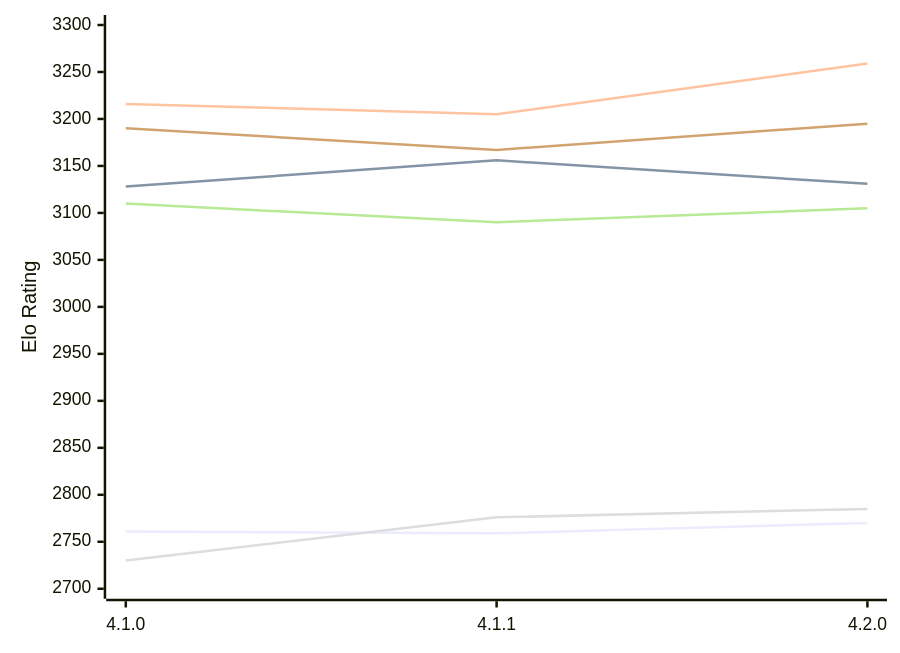
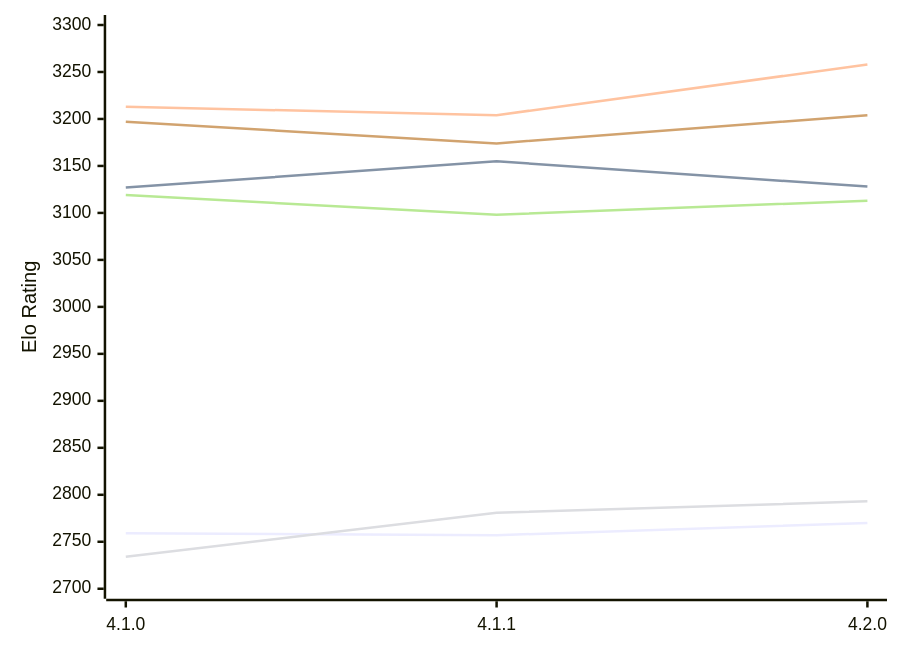
One commit to computer-chess-index/cci changed the diagram in engines/LunaChessEngine.md. Above: the diagram before and after it, drawn with Mermaid. The commit also changed other lines of this file, not shown here.

Commit message:
Update CCI Ratings (ELO VLTC) - 2026-11-23

````diff
--- a/engines/LunaChessEngine.md
+++ b/engines/LunaChessEngine.md
@@ -51,12 +51,12 @@
 ```mermaid
 %%{init: {"theme":"base","themeVariables":{"seriesColors:['#a3a3a3','#222221','#faa371']}}}%%
 xychart-beta
   x-axis ["4.1.0", "4.1.1", "4.2.0"]
   y-axis "Elo Rating" 2700 --> 3300
-  line "E1: STC (8.0+0.08s)" [2761, 2759, 2770]
-  line "E1: LTC (60.0+0.60s)" [3128, 3156, 3131]
-  line "E1: VLTC (2m24s+1.12s)" [3216, 3205, 3259]
-  line "P1: STC (8.0+0.08s)" [2730, 2776, 2785]
-  line "P1: LTC (60.0+0.60s)" [3110, 3090, 3105]
-  line "P1: VLTC (2m24s+1.12s)" [3190, 3167, 3195]
+  line "E1: STC (8.0+0.08s)" [2759, 2757, 2770]
+  line "E1: LTC (60.0+0.60s)" [3127, 3155, 3128]
+  line "E1: VLTC (2m24s+1.12s)" [3213, 3204, 3258]
+  line "P1: STC (8.0+0.08s)" [2734, 2781, 2793]
+  line "P1: LTC (60.0+0.60s)" [3119, 3098, 3113]
+  line "P1: VLTC (2m24s+1.12s)" [3197, 3174, 3204]
 ```
````
